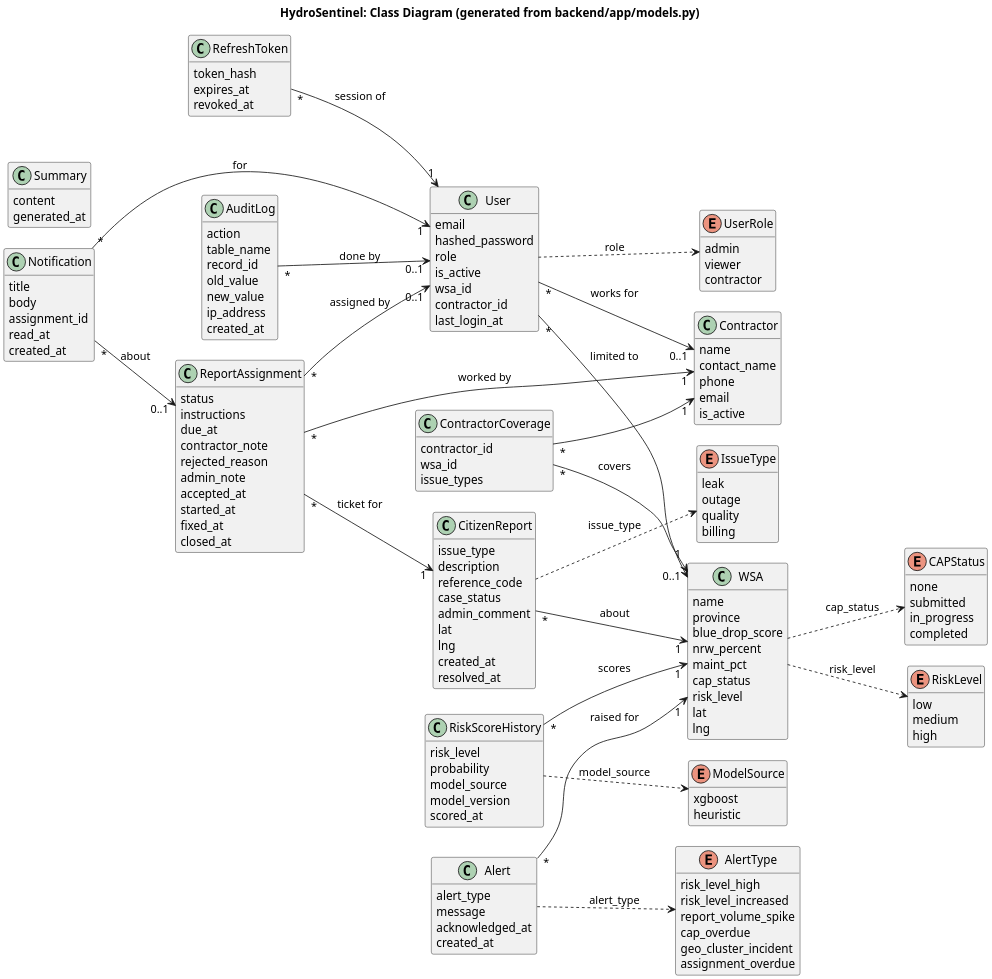
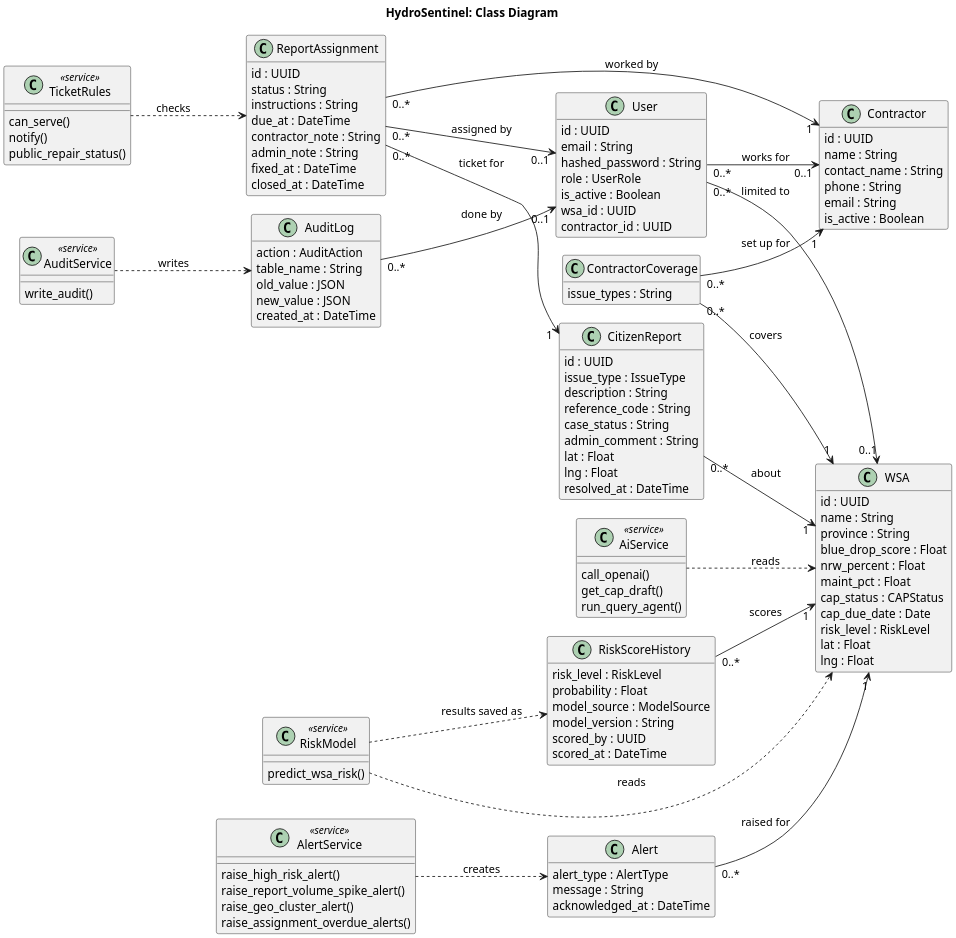
Before and after one commit to Malodeity/hydrosentinel: the diagram in docs/a5/uml/ISJ107V_A5_Q3.2_Class.puml, drawn with PlantUML. The commit also changed 43 other files, not shown here.

First line of the commit message:
Docs: new UML diagrams in the A4 style, updated report, slides, requirements, evidence and UAT results

```diff
--- a/docs/a5/uml/ISJ107V_A5_Q3.2_Class.puml
+++ b/docs/a5/uml/ISJ107V_A5_Q3.2_Class.puml
@@ -1,160 +1,126 @@
 @startuml
 skinparam shadowing false
 skinparam dpi 200
 skinparam defaultFontName Helvetica
 skinparam classAttributeIconSize 0
 left to right direction
-skinparam nodesep 25
+skinparam nodesep 22
 skinparam ranksep 60
 hide empty methods
-title HydroSentinel: Class Diagram (generated from backend/app/models.py)
+title HydroSentinel: Class Diagram
 
 class WSA {
-  name
-  province
-  blue_drop_score
-  nrw_percent
-  maint_pct
-  cap_status
-  risk_level
-  lat
-  lng
+  id : UUID
+  name : String
+  province : String
+  blue_drop_score : Float
+  nrw_percent : Float
+  maint_pct : Float
+  cap_status : CAPStatus
+  cap_due_date : Date
+  risk_level : RiskLevel
+  lat : Float
+  lng : Float
 }
 class CitizenReport {
-  issue_type
-  description
-  reference_code
-  case_status
-  admin_comment
-  lat
-  lng
-  created_at
-  resolved_at
+  id : UUID
+  issue_type : IssueType
+  description : String
+  reference_code : String
+  case_status : String
+  admin_comment : String
+  lat : Float
+  lng : Float
+  resolved_at : DateTime
+}
+class ReportAssignment {
+  id : UUID
+  status : String
+  instructions : String
+  due_at : DateTime
+  contractor_note : String
+  admin_note : String
+  fixed_at : DateTime
+  closed_at : DateTime
+}
+class Contractor {
+  id : UUID
+  name : String
+  contact_name : String
+  phone : String
+  email : String
+  is_active : Boolean
+}
+class ContractorCoverage {
+  issue_types : String
 }
 class User {
-  email
-  hashed_password
-  role
-  is_active
-  wsa_id
-  contractor_id
-  last_login_at
+  id : UUID
+  email : String
+  hashed_password : String
+  role : UserRole
+  is_active : Boolean
+  wsa_id : UUID
+  contractor_id : UUID
 }
-class Contractor {
-  name
-  contact_name
-  phone
-  email
-  is_active
-}
-class ContractorCoverage {
-  contractor_id
-  wsa_id
-  issue_types
-}
-class ReportAssignment {
-  status
-  instructions
-  due_at
-  contractor_note
-  rejected_reason
-  admin_note
-  accepted_at
-  started_at
-  fixed_at
-  closed_at
-}
-class Notification {
-  title
-  body
-  assignment_id
-  read_at
-  created_at
+class RiskScoreHistory {
+  risk_level : RiskLevel
+  probability : Float
+  model_source : ModelSource
+  model_version : String
+  scored_by : UUID
+  scored_at : DateTime
 }
 class Alert {
-  alert_type
-  message
-  acknowledged_at
-  created_at
-}
-class RiskScoreHistory {
-  risk_level
-  probability
-  model_source
-  model_version
-  scored_at
+  alert_type : AlertType
+  message : String
+  acknowledged_at : DateTime
 }
 class AuditLog {
-  action
-  table_name
-  record_id
-  old_value
-  new_value
-  ip_address
-  created_at
+  action : AuditAction
+  table_name : String
+  old_value : JSON
+  new_value : JSON
+  created_at : DateTime
 }
-class RefreshToken {
-  token_hash
-  expires_at
-  revoked_at
+class RiskModel <<service>> {
+  predict_wsa_risk()
 }
-class Summary {
-  content
-  generated_at
+class AiService <<service>> {
+  call_openai()
+  get_cap_draft()
+  run_query_agent()
 }
-enum UserRole {
-  admin
-  viewer
-  contractor
+class AlertService <<service>> {
+  raise_high_risk_alert()
+  raise_report_volume_spike_alert()
+  raise_geo_cluster_alert()
+  raise_assignment_overdue_alerts()
 }
-enum IssueType {
-  leak
-  outage
-  quality
-  billing
+class TicketRules <<service>> {
+  can_serve()
+  notify()
+  public_repair_status()
 }
-enum AlertType {
-  risk_level_high
-  risk_level_increased
-  report_volume_spike
-  cap_overdue
-  geo_cluster_incident
-  assignment_overdue
-}
-enum ModelSource {
-  xgboost
-  heuristic
-}
-enum CAPStatus {
-  none
-  submitted
-  in_progress
-  completed
-}
-enum RiskLevel {
-  low
-  medium
-  high
+class AuditService <<service>> {
+  write_audit()
 }
 
-CitizenReport "*" --> "1" WSA : about
-ReportAssignment "*" --> "1" CitizenReport : ticket for
-ReportAssignment "*" --> "1" Contractor : worked by
-ReportAssignment "*" --> "0..1" User : assigned by
-ContractorCoverage "*" --> "1" Contractor
-ContractorCoverage "*" --> "1" WSA : covers
-User "*" --> "0..1" Contractor : works for
-User "*" --> "0..1" WSA : limited to
-Notification "*" --> "1" User : for
-Notification "*" --> "0..1" ReportAssignment : about
-Alert "*" --> "1" WSA : raised for
-RiskScoreHistory "*" --> "1" WSA : scores
-AuditLog "*" --> "0..1" User : done by
-RefreshToken "*" --> "1" User : session of
-User ..> UserRole : role
-CitizenReport ..> IssueType : issue_type
-Alert ..> AlertType : alert_type
-RiskScoreHistory ..> ModelSource : model_source
-WSA ..> CAPStatus : cap_status
-WSA ..> RiskLevel : risk_level
+CitizenReport "0..*" --> "1" WSA : about
+ReportAssignment "0..*" --> "1" CitizenReport : ticket for
+ReportAssignment "0..*" --> "1" Contractor : worked by
+ReportAssignment "0..*" --> "0..1" User : assigned by
+ContractorCoverage "0..*" --> "1" Contractor : set up for
+ContractorCoverage "0..*" --> "1" WSA : covers
+User "0..*" --> "0..1" Contractor : works for
+User "0..*" --> "0..1" WSA : limited to
+Alert "0..*" --> "1" WSA : raised for
+RiskScoreHistory "0..*" --> "1" WSA : scores
+AuditLog "0..*" --> "0..1" User : done by
+RiskModel ..> WSA : reads
+RiskModel ..> RiskScoreHistory : results saved as
+AiService ..> WSA : reads
+AlertService ..> Alert : creates
+TicketRules ..> ReportAssignment : checks
+AuditService ..> AuditLog : writes
 @enduml
```
